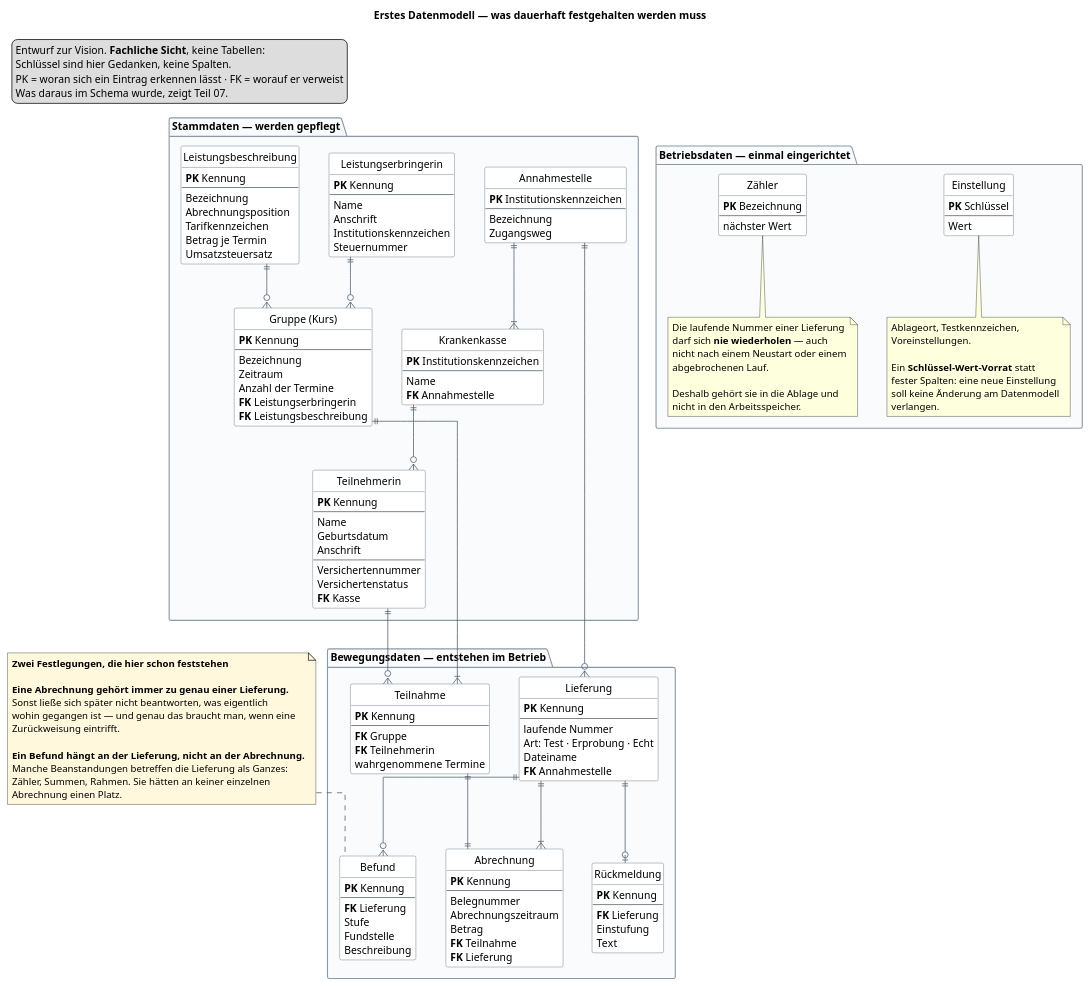
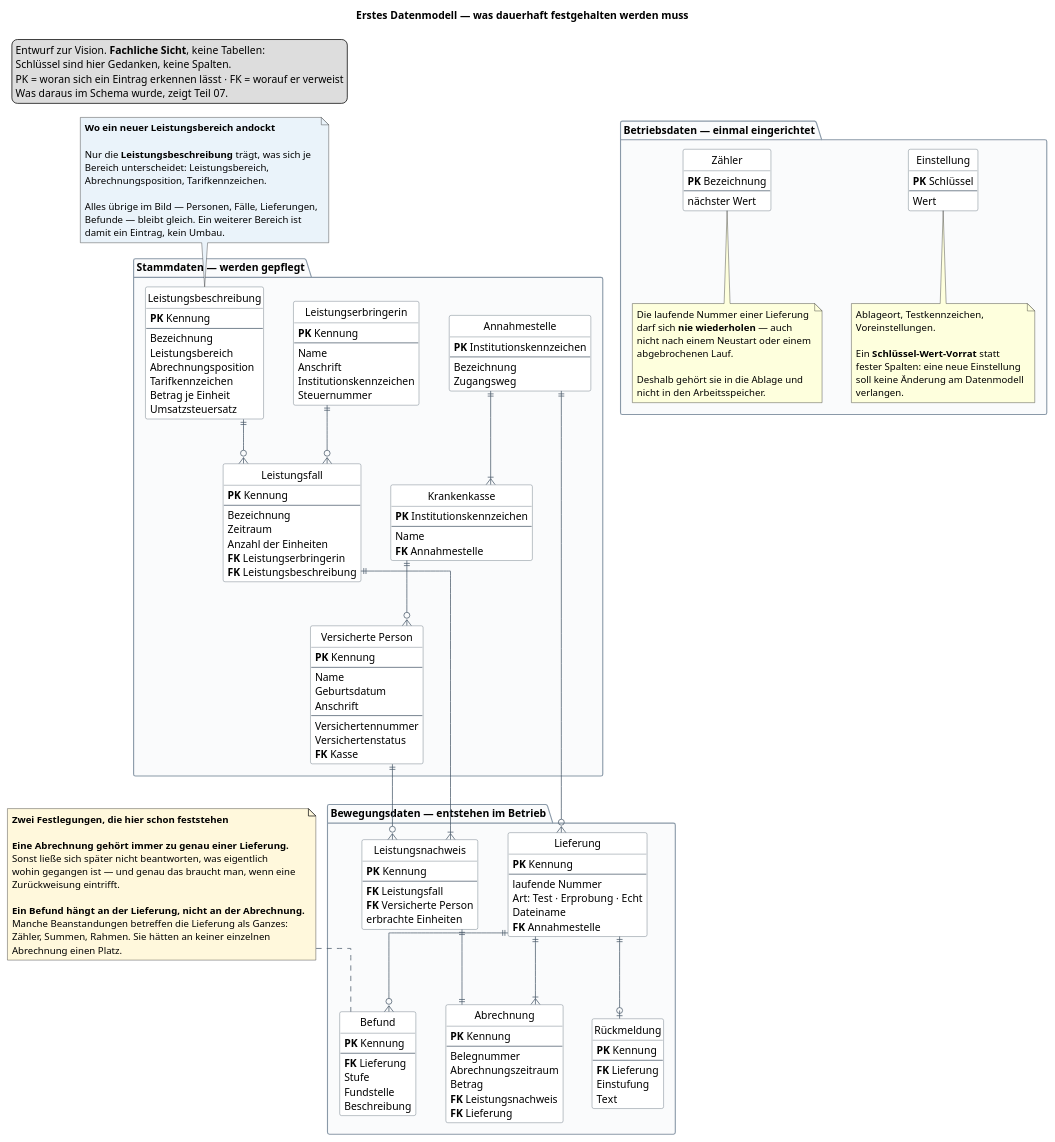
The diagram in GKVTransmitter/Information/V02_Vision_ER.puml (Gulaschkanister/Health-insurance-claims), drawn with PlantUML before and after one commit. The commit also changed 7 other files, not shown here.

```diff
--- a/GKVTransmitter/Information/V02_Vision_ER.puml
+++ b/GKVTransmitter/Information/V02_Vision_ER.puml
@@ -34,7 +34,7 @@
     Steuernummer
   }
 
-  entity "Teilnehmerin" as TN {
+  entity "Versicherte Person" as VP {
     **PK** Kennung
     --
     Name
@@ -60,12 +60,12 @@
     Zugangsweg
   }
 
-  entity "Gruppe (Kurs)" as GR {
+  entity "Leistungsfall" as LF {
     **PK** Kennung
     --
     Bezeichnung
     Zeitraum
-    Anzahl der Termine
+    Anzahl der Einheiten
     **FK** Leistungserbringerin
     **FK** Leistungsbeschreibung
   }
@@ -74,21 +74,22 @@
     **PK** Kennung
     --
     Bezeichnung
+    Leistungsbereich
     Abrechnungsposition
     Tarifkennzeichen
-    Betrag je Termin
+    Betrag je Einheit
     Umsatzsteuersatz
   }
 }
 
 package "Bewegungsdaten — entstehen im Betrieb" {
 
-  entity "Teilnahme" as TE {
+  entity "Leistungsnachweis" as LN {
     **PK** Kennung
     --
-    **FK** Gruppe
-    **FK** Teilnehmerin
-    wahrgenommene Termine
+    **FK** Leistungsfall
+    **FK** Versicherte Person
+    erbrachte Einheiten
   }
 
   entity "Abrechnung" as AB {
@@ -97,7 +98,7 @@
     Belegnummer
     Abrechnungszeitraum
     Betrag
-    **FK** Teilnahme
+    **FK** Leistungsnachweis
     **FK** Lieferung
   }
 
@@ -161,14 +162,14 @@
   end note
 }
 
-LE ||--o{ GR
-LB ||--o{ GR
-GR ||--|{ TE
-TN ||--o{ TE
-KK ||--o{ TN
+LE ||--o{ LF
+LB ||--o{ LF
+LF ||--|{ LN
+VP ||--o{ LN
+KK ||--o{ VP
 AS ||--|{ KK
 
-TE ||--|| AB
+LN ||--|| AB
 LI ||--|{ AB
 AS ||--o{ LI
 LI ||--o{ BE
@@ -188,6 +189,19 @@
   Abrechnung einen Platz.
 end note
 
+note as bereich #EAF3FA
+  **Wo ein neuer Leistungsbereich andockt**
+
+  Nur die **Leistungsbeschreibung** trägt, was sich je
+  Bereich unterscheidet: Leistungsbereich,
+  Abrechnungsposition, Tarifkennzeichen.
+
+  Alles übrige im Bild — Personen, Fälle, Lieferungen,
+  Befunde — bleibt gleich. Ein weiterer Bereich ist
+  damit ein Eintrag, kein Umbau.
+end note
+
 regel .. BE
+bereich .. LB
 
 @enduml
```
